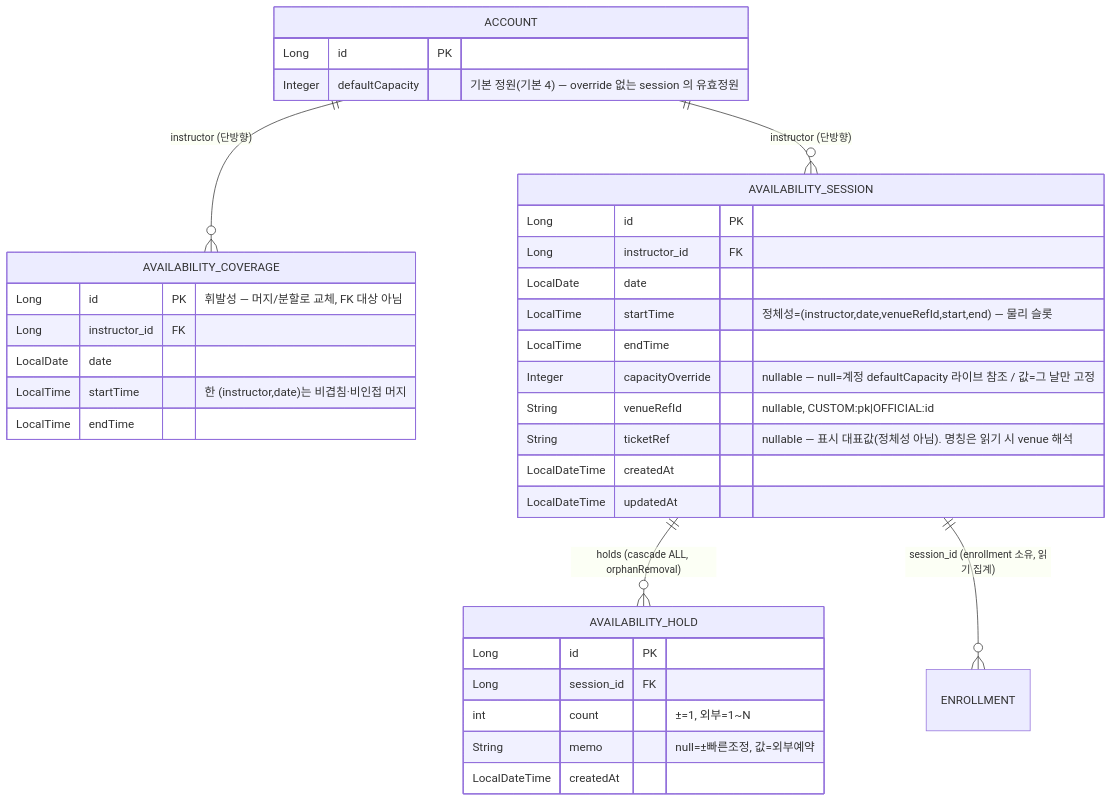
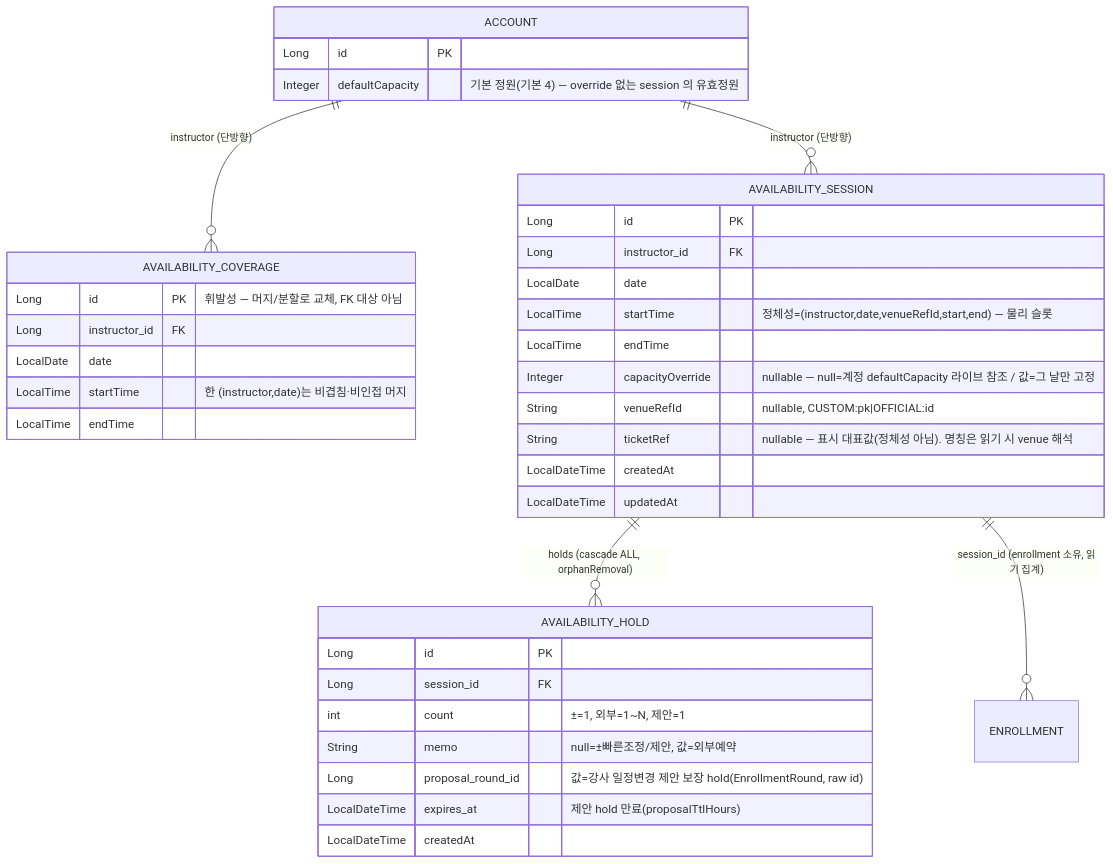
Before and after one commit to pungdong/Pungdong-Backend: the fifth of 5 diagrams in docs/architecture/availability.md, drawn with Mermaid. The commit also changed other lines of this file and 3 other files, not shown here.

````diff
--- a/docs/architecture/availability.md
+++ b/docs/architecture/availability.md
@@ -123,38 +123,40 @@
 ```mermaid
 erDiagram
   ACCOUNT ||--o{ AVAILABILITY_COVERAGE : "instructor (단방향)"
   ACCOUNT ||--o{ AVAILABILITY_SESSION : "instructor (단방향)"
   AVAILABILITY_SESSION ||--o{ AVAILABILITY_HOLD : "holds (cascade ALL, orphanRemoval)"
   AVAILABILITY_SESSION ||--o{ ENROLLMENT : "session_id (enrollment 소유, 읽기 집계)"
 
   ACCOUNT {
     Long id PK
     Integer defaultCapacity "기본 정원(기본 4) — override 없는 session 의 유효정원"
   }
   AVAILABILITY_COVERAGE {
     Long id PK "휘발성 — 머지/분할로 교체, FK 대상 아님"
     Long instructor_id FK
     LocalDate date
     LocalTime startTime "한 (instructor,date)는 비겹침·비인접 머지"
     LocalTime endTime
   }
   AVAILABILITY_SESSION {
     Long id PK
     Long instructor_id FK
     LocalDate date
     LocalTime startTime "정체성=(instructor,date,venueRefId,start,end) — 물리 슬롯"
     LocalTime endTime
     Integer capacityOverride "nullable — null=계정 defaultCapacity 라이브 참조 / 값=그 날만 고정"
     String venueRefId "nullable, CUSTOM:pk|OFFICIAL:id"
     String ticketRef "nullable — 표시 대표값(정체성 아님). 명칭은 읽기 시 venue 해석"
     LocalDateTime createdAt
     LocalDateTime updatedAt
   }
   AVAILABILITY_HOLD {
     Long id PK
     Long session_id FK
-    int count "±=1, 외부=1~N"
-    String memo "null=±빠른조정, 값=외부예약"
+    int count "±=1, 외부=1~N, 제안=1"
+    String memo "null=±빠른조정/제안, 값=외부예약"
+    Long proposal_round_id "값=강사 일정변경 제안 보장 hold(EnrollmentRound, raw id)"
+    LocalDateTime expires_at "제안 hold 만료(proposalTtlHours)"
     LocalDateTime createdAt
   }
 ```
````
